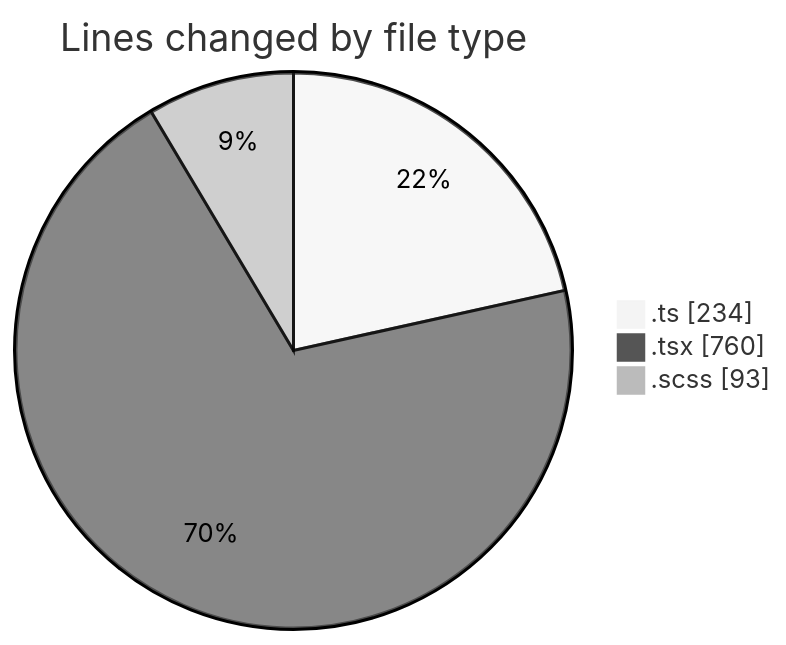
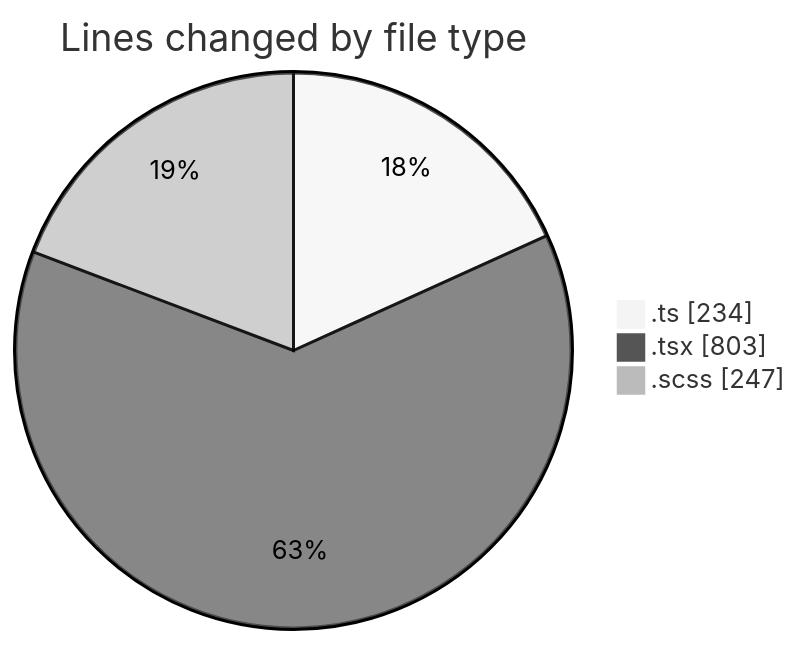
One commit to momahboobian/code-tracking changed the first of 2 diagrams in 2025-05-01/cda/README.md. Above: the diagram before and after it, drawn with Mermaid (neutral theme). The commit also changed other lines of this file and 1 other file, not shown here.

````diff
--- a/2025-05-01/cda/README.md
+++ b/2025-05-01/cda/README.md
@@ -26,7 +27,7 @@
 ```mermaid
 pie showData
 title Lines changed by file type
 ".ts" : 234
-".tsx" : 760
-".scss" : 93
+".tsx" : 803
+".scss" : 247
 ```
````
